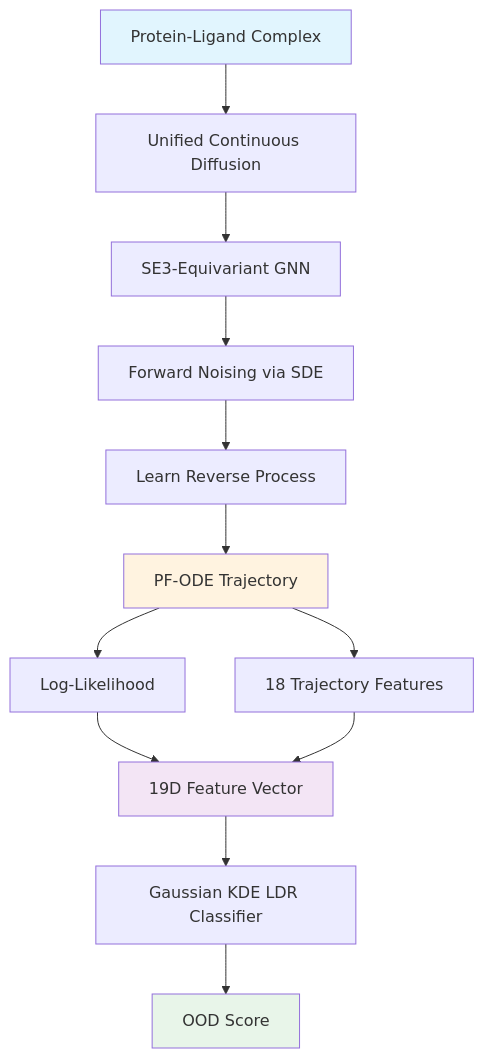
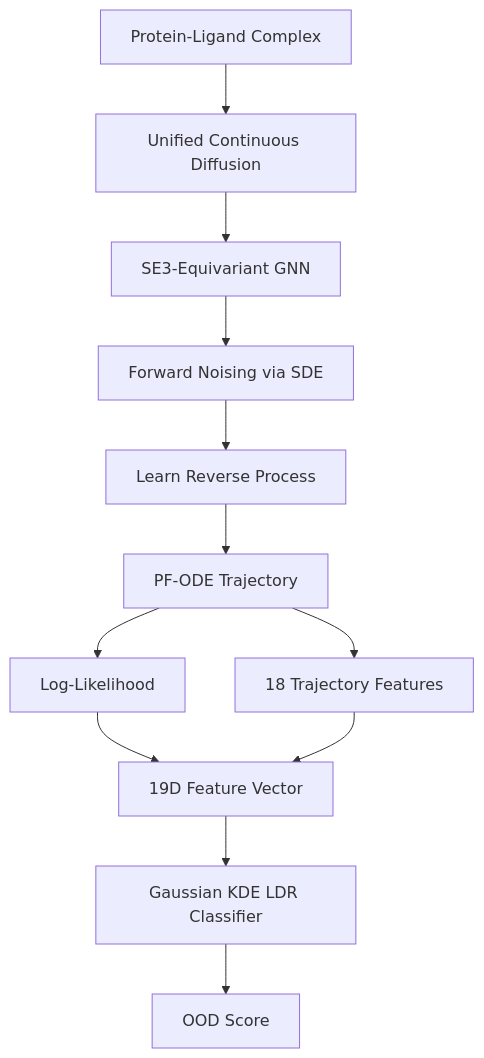
Before and after one commit to eightmm/eightmm.github.io: the diagram in _posts/2026-02-19-ood-detection-molecular-complexes-diffusion.md, drawn with Mermaid. The commit also changed other lines of this file and 10 other files, not shown here.

````diff
--- a/_posts/2026-02-19-ood-detection-molecular-complexes-diffusion.md
+++ b/_posts/2026-02-19-ood-detection-molecular-complexes-diffusion.md
@@ -76,19 +76,15 @@
 ```mermaid
 graph TD
     A[Protein-Ligand Complex] --> B[Unified Continuous Diffusion]
     B --> C[SE3-Equivariant GNN]
     C --> D[Forward Noising via SDE]
     D --> E[Learn Reverse Process]
     E --> F[PF-ODE Trajectory]
     F --> G[Log-Likelihood]
     F --> H[18 Trajectory Features]
     G --> I[19D Feature Vector]
     H --> I
     I --> J[Gaussian KDE LDR Classifier]
     J --> K[OOD Score]
     
-    style A fill:#e1f5fe
-    style K fill:#e8f5e9
-    style F fill:#fff3e0
-    style I fill:#f3e5f5
 ```
````
